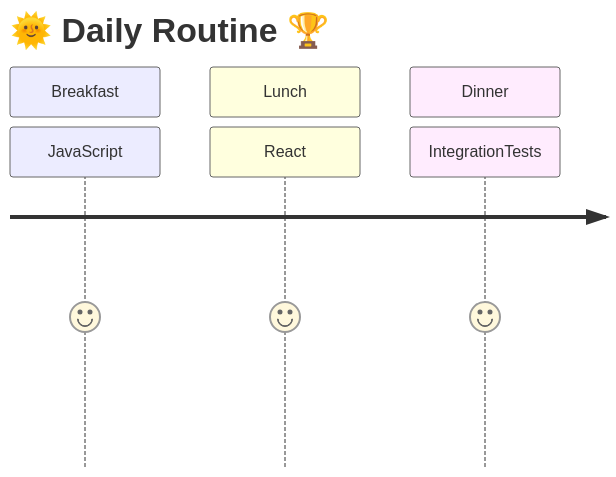
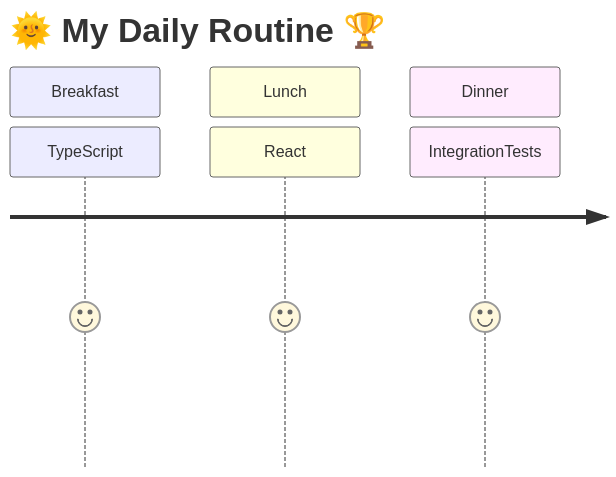
Before and after one commit to pH-7/pH-7: the diagram in README.md, drawn with Mermaid. The commit also changed other lines of this file, not shown here.

````diff
--- a/README.md
+++ b/README.md
@@ -23,10 +23,10 @@
   ```mermaid
   journey
-    title 🌞 Daily Routine 🏆
+    title 🌞 My Daily Routine 🏆
     section Breakfast
-      JavaScript: 5
+      TypeScript: 5
     section Lunch
       React: 5
     section Dinner
       IntegrationTests: 5
   ```
````
